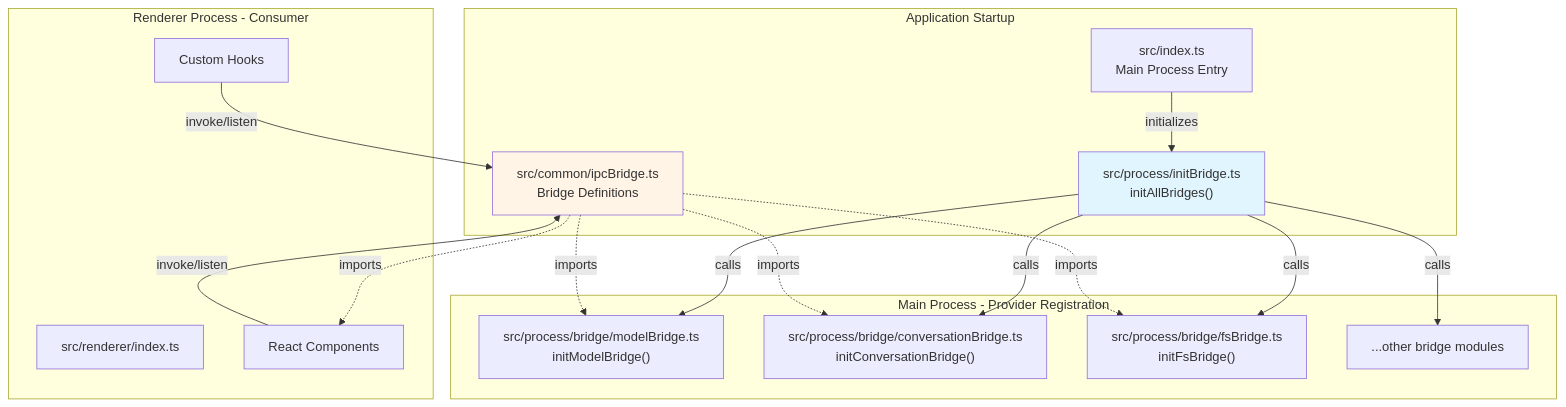
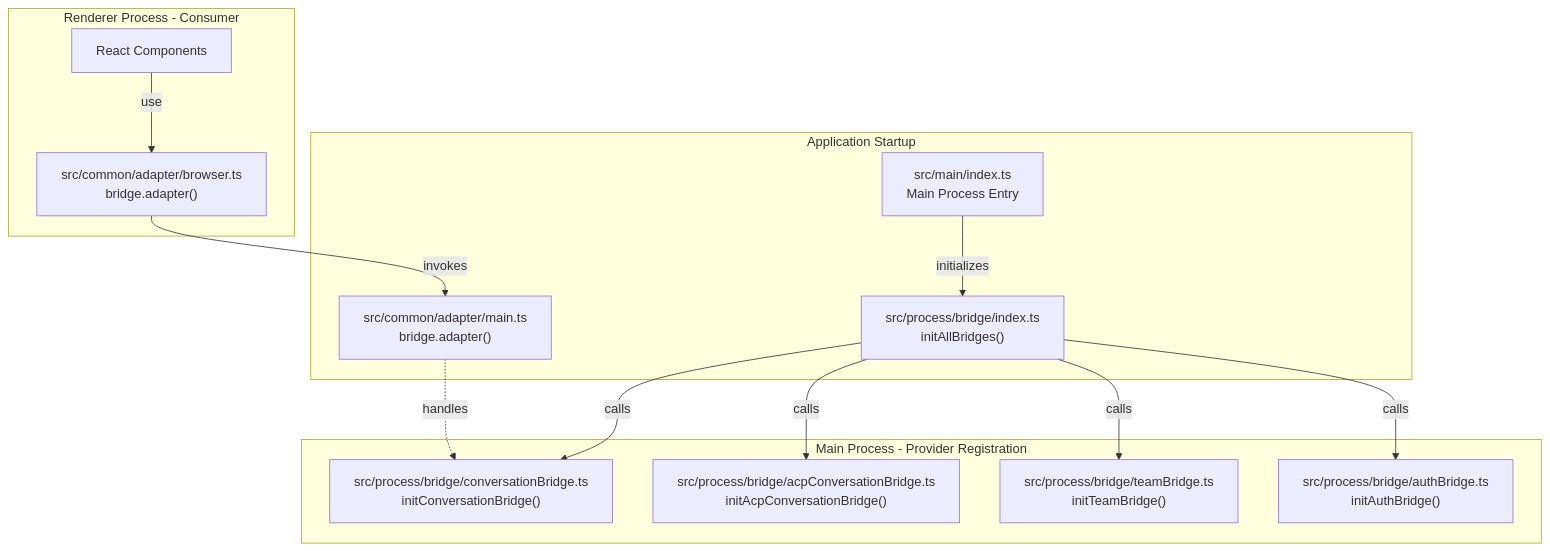
One commit to blackcater/zentree changed the first of 2 diagrams in docs/iOfficeAI_AionUi/architecture/inter-process-communication.md. Above: the diagram before and after it, drawn with Mermaid. The commit also changed other lines of this file and 232 other files, not shown here.

````diff
--- a/docs/iOfficeAI_AionUi/architecture/inter-process-communication.md
+++ b/docs/iOfficeAI_AionUi/architecture/inter-process-communication.md
@@ -37,38 +51,30 @@
 ```mermaid
 graph TB
     subgraph "Application Startup"
-        INDEX["src/index.ts<br/>Main Process Entry"]
-        INIT_BRIDGE["src/process/initBridge.ts<br/>initAllBridges()"]
-        BRIDGE_DEFS["src/common/ipcBridge.ts<br/>Bridge Definitions"]
+        INDEX["src/main/index.ts<br/>Main Process Entry"]
+        INIT_BRIDGE["src/process/bridge/index.ts<br/>initAllBridges()"]
+        MAIN_ADAPTER["src/common/adapter/main.ts<br/>bridge.adapter()"]
     end
-
+    
     subgraph "Main Process - Provider Registration"
-        MODEL_BRIDGE["src/process/bridge/modelBridge.ts<br/>initModelBridge()"]
         CONV_BRIDGE["src/process/bridge/conversationBridge.ts<br/>initConversationBridge()"]
-        FS_BRIDGE["src/process/bridge/fsBridge.ts<br/>initFsBridge()"]
-        OTHER_BRIDGES["...other bridge modules"]
+        ACP_BRIDGE["src/process/bridge/acpConversationBridge.ts<br/>initAcpConversationBridge()"]
+        TEAM_BRIDGE["src/process/bridge/teamBridge.ts<br/>initTeamBridge()"]
+        AUTH_BRIDGE["src/process/bridge/authBridge.ts<br/>initAuthBridge()"]
     end
-
+    
     subgraph "Renderer Process - Consumer"
-        RENDERER["src/renderer/index.ts"]
+        BROWSER_ADAPTER["src/common/adapter/browser.ts<br/>bridge.adapter()"]
         COMPONENTS["React Components"]
-        HOOKS["Custom Hooks"]
     end
-
+    
     INDEX -->|initializes| INIT_BRIDGE
-    INIT_BRIDGE -->|calls| MODEL_BRIDGE
     INIT_BRIDGE -->|calls| CONV_BRIDGE
-    INIT_BRIDGE -->|calls| FS_BRIDGE
-    INIT_BRIDGE -->|calls| OTHER_BRIDGES
-
-    BRIDGE_DEFS -.->|imports| MODEL_BRIDGE
-    BRIDGE_DEFS -.->|imports| CONV_BRIDGE
-    BRIDGE_DEFS -.->|imports| FS_BRIDGE
-
-    BRIDGE_DEFS -.->|imports| COMPONENTS
-    COMPONENTS -->|invoke/listen| BRIDGE_DEFS
-    HOOKS -->|invoke/listen| BRIDGE_DEFS
-
-    style BRIDGE_DEFS fill:#fff4e6
-    style INIT_BRIDGE fill:#e1f5ff
+    INIT_BRIDGE -->|calls| ACP_BRIDGE
+    INIT_BRIDGE -->|calls| TEAM_BRIDGE
+    INIT_BRIDGE -->|calls| AUTH_BRIDGE
+    
+    MAIN_ADAPTER -.->|handles| CONV_BRIDGE
+    BROWSER_ADAPTER -->|invokes| MAIN_ADAPTER
+    COMPONENTS -->|use| BROWSER_ADAPTER
 ```
````
